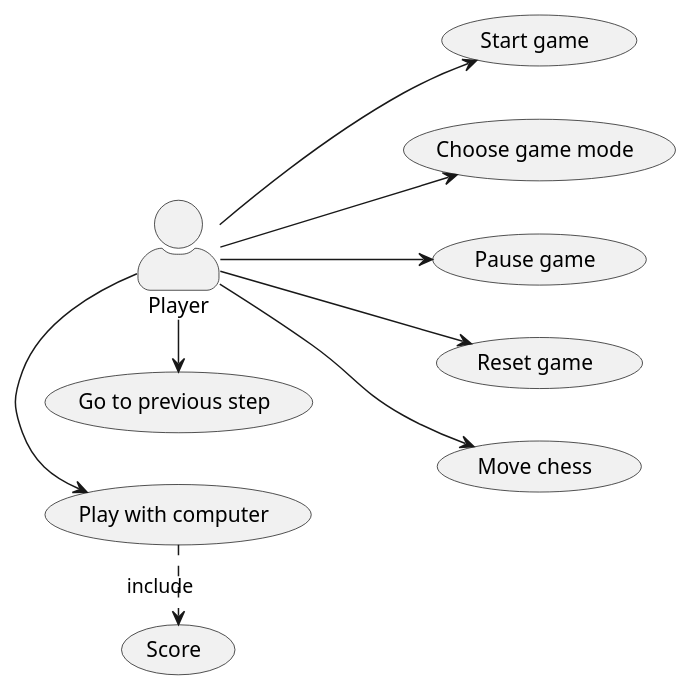
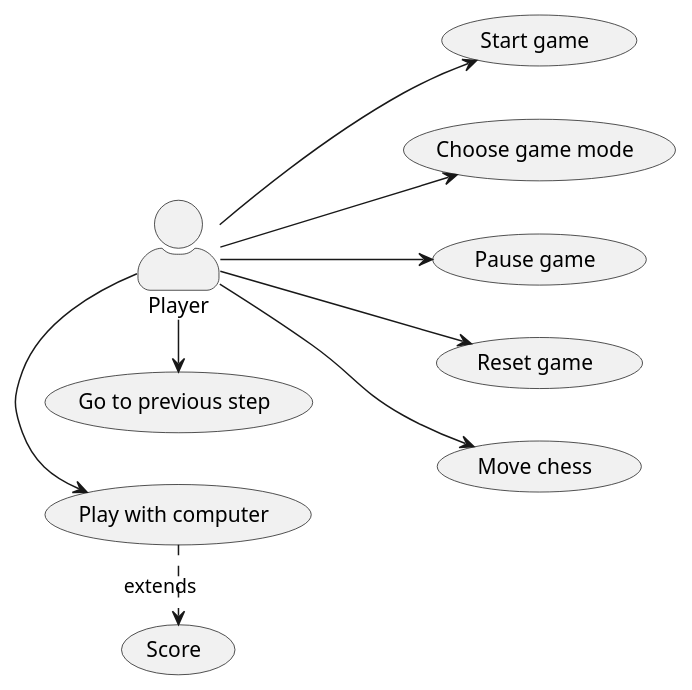
The diagram in nhom_5/docs/source/usecase-diagram.plantuml (hoanglt1223/SET2021), drawn with PlantUML before and after one commit.

Commit message:
nhom_5 | sửa bài

```diff
--- a/nhom_5/docs/source/usecase-diagram.plantuml
+++ b/nhom_5/docs/source/usecase-diagram.plantuml
@@ -1,12 +1,12 @@
 @startuml
 left to right direction
 skinparam actorStyle awesome
 :Player: --> (Start game)
 :Player: --> (Choose game mode)
 :Player: --> (Pause game)
 :Player: --> (Reset game)
 :Player: --> (Move chess)
 :Player: -> (Play with computer)
 :Player: -> (Go to previous step)
-(Play with computer) .> (Score) : include
+(Play with computer) .> (Score) : extends
 @enduml
```
